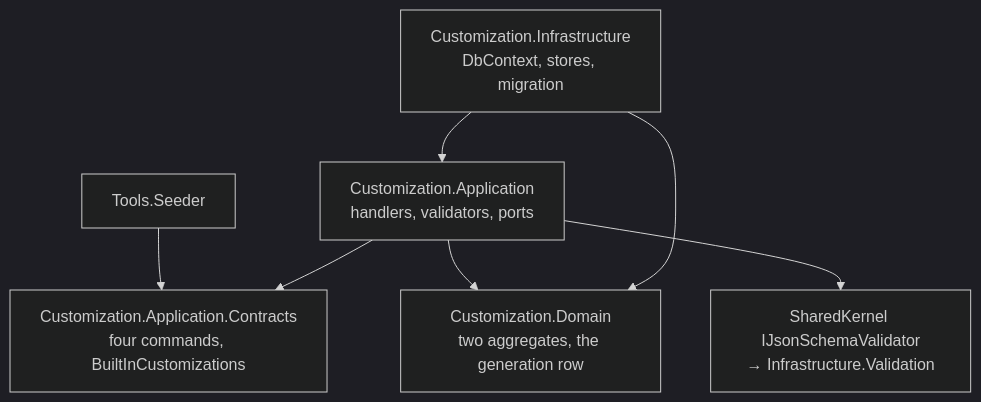
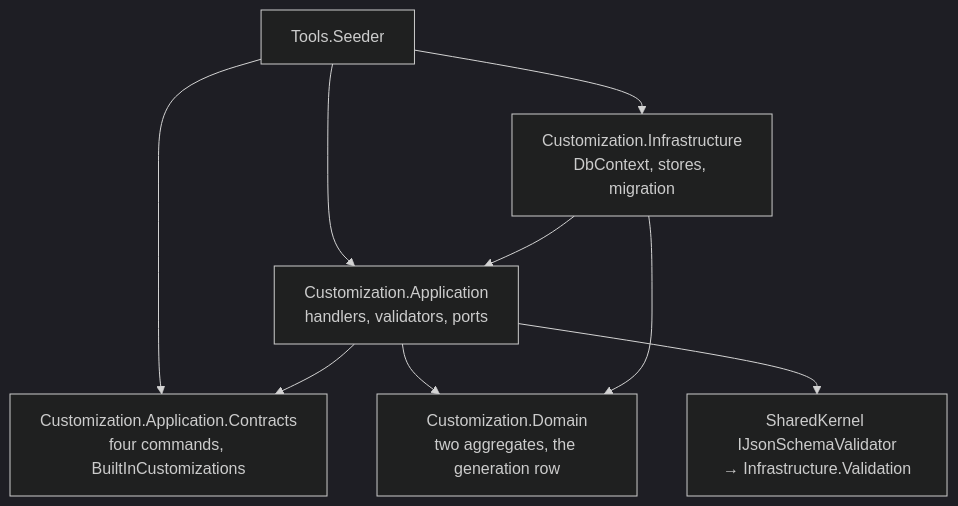
The fourth of 4 diagrams in docs/modules/customization/README.md (HodeTech/LearnStack), drawn with Mermaid (dark theme) before and after one commit. The commit also changed other lines of this file and 8 other files, not shown here.

````diff
--- a/docs/modules/customization/README.md
+++ b/docs/modules/customization/README.md
@@ -172,16 +181,18 @@
 ```mermaid
 graph TD
     Contracts[Customization.Application.Contracts<br/>four commands, BuiltInCustomizations]
     App[Customization.Application<br/>handlers, validators, ports]
     Domain[Customization.Domain<br/>two aggregates, the generation row]
     Infra[Customization.Infrastructure<br/>DbContext, stores, migration]
     Gate[SharedKernel IJsonSchemaValidator<br/>→ Infrastructure.Validation]
     Seeder[Tools.Seeder]
 
     Seeder --> Contracts
+    Seeder --> App
+    Seeder --> Infra
     App --> Contracts
     App --> Domain
     App --> Gate
     Infra --> App
     Infra --> Domain
 ```
````
